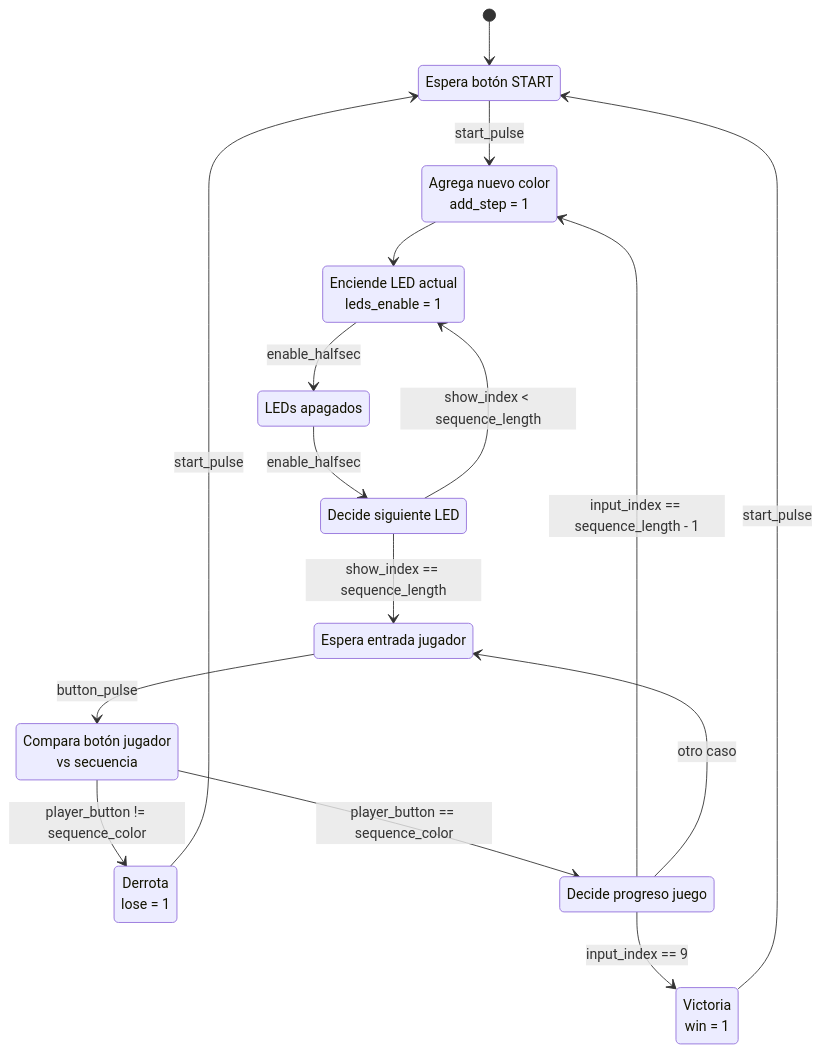
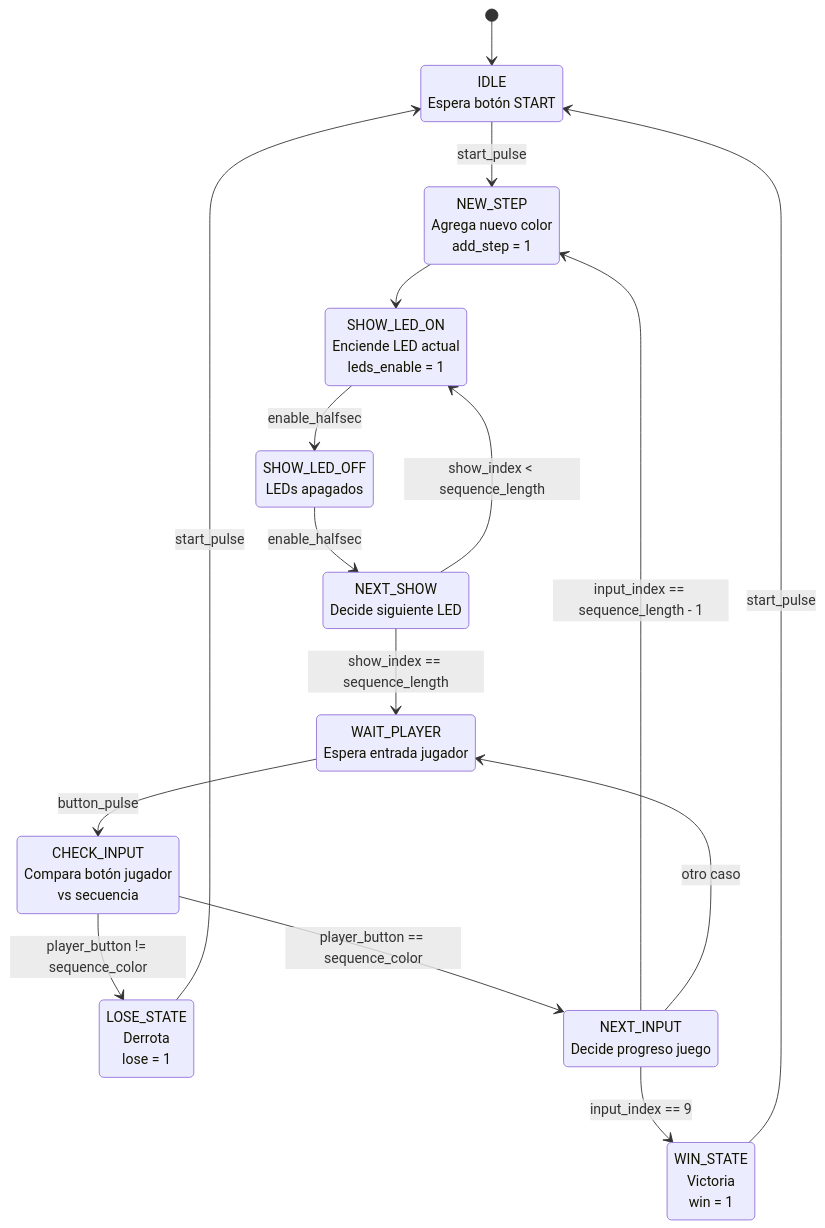
One commit to JohanTames/PruebasTarea1Micros changed the diagram in Pruebas.md. Above: the diagram before and after it, drawn with Mermaid.

````diff
--- a/Pruebas.md
+++ b/Pruebas.md
@@ -1,43 +1,43 @@
 ```mermaid
 stateDiagram-v2
 
     [*] --> IDLE
 
-    IDLE : Espera botón START
+    IDLE : IDLE <br> Espera botón START
     IDLE --> NEW_STEP : start_pulse
 
-    NEW_STEP : Agrega nuevo color<br>add_step = 1
+    NEW_STEP : NEW_STEP <br> Agrega nuevo color <br> add_step = 1
     NEW_STEP --> SHOW_LED_ON
 
-    SHOW_LED_ON : Enciende LED actual <br> leds_enable = 1
+    SHOW_LED_ON : SHOW_LED_ON <br> Enciende LED actual <br> leds_enable = 1
     SHOW_LED_ON --> SHOW_LED_OFF : enable_halfsec
 
-    SHOW_LED_OFF : LEDs apagados
+    SHOW_LED_OFF : SHOW_LED_OFF <br> LEDs apagados
     SHOW_LED_OFF --> NEXT_SHOW : enable_halfsec
 
-    NEXT_SHOW : Decide siguiente LED
+    NEXT_SHOW : NEXT_SHOW <br> Decide siguiente LED
 
     NEXT_SHOW --> SHOW_LED_ON : show_index < sequence_length
     NEXT_SHOW --> WAIT_PLAYER : show_index == sequence_length
 
-    WAIT_PLAYER : Espera entrada jugador
+    WAIT_PLAYER : WAIT_PLAYER <br> Espera entrada jugador
     WAIT_PLAYER --> CHECK_INPUT : button_pulse
 
-    CHECK_INPUT : Compara botón jugador<br>vs secuencia
+    CHECK_INPUT : CHECK_INPUT <br> Compara botón jugador<br>vs secuencia
 
     CHECK_INPUT --> LOSE_STATE : player_button != sequence_color
     CHECK_INPUT --> NEXT_INPUT : player_button == sequence_color
 
-    NEXT_INPUT : Decide progreso juego
+    NEXT_INPUT : NEXT_INPUT <br> Decide progreso juego
 
     NEXT_INPUT --> WIN_STATE : input_index == 9
     NEXT_INPUT --> NEW_STEP : input_index == sequence_length - 1
     NEXT_INPUT --> WAIT_PLAYER : otro caso
 
-    WIN_STATE : Victoria<br>win = 1
+    WIN_STATE : WIN_STATE <br> Victoria<br>win = 1
     WIN_STATE --> IDLE : start_pulse
 
-    LOSE_STATE : Derrota<br>lose = 1
+    LOSE_STATE : LOSE_STATE <br> Derrota<br>lose = 1
     LOSE_STATE --> IDLE : start_pulse
 
 ```
````
